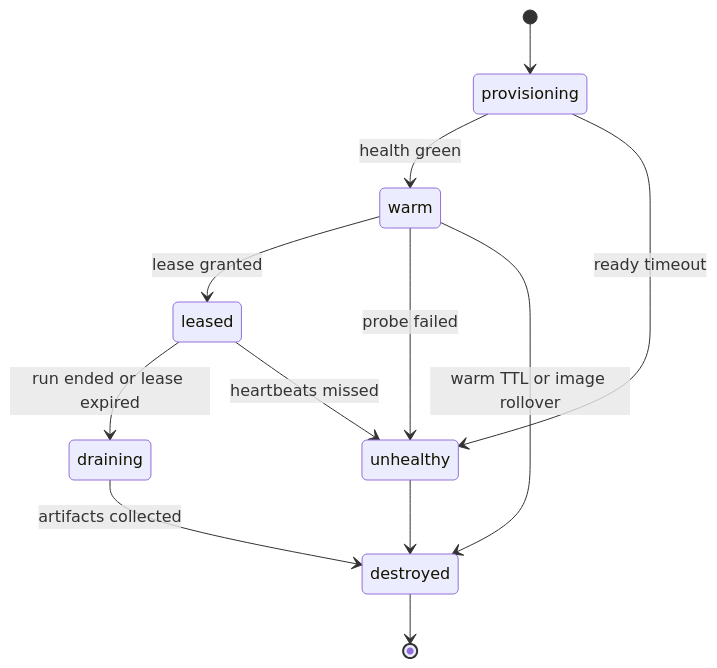
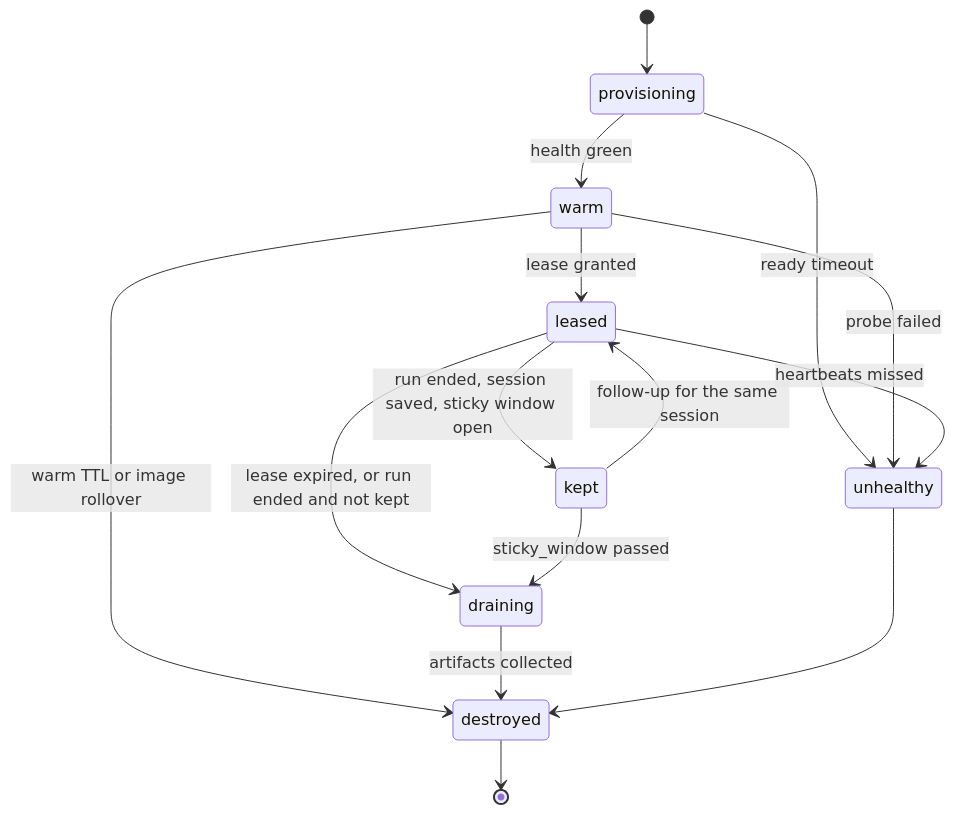
Diagram 11 of 12 in docs/technical-design.md (davecthomas/meta-harness), drawn with Mermaid before and after one commit. The commit also changed other lines of this file, not shown here.

First line of the commit message:
docs/session-handoff: align sessions with the library's handoff contract

````diff
--- a/docs/technical-design.md
+++ b/docs/technical-design.md
@@ -1097,14 +1117,17 @@
 ```mermaid
 stateDiagram-v2
     [*] --> provisioning
     provisioning --> warm: health green
     provisioning --> unhealthy: ready timeout
     warm --> leased: lease granted
     warm --> unhealthy: probe failed
     warm --> destroyed: warm TTL or image rollover
-    leased --> draining: run ended or lease expired
+    leased --> kept: run ended, session saved, sticky window open
+    leased --> draining: lease expired, or run ended and not kept
+    kept --> leased: follow-up for the same session
+    kept --> draining: sticky_window passed
     leased --> unhealthy: heartbeats missed
     draining --> destroyed: artifacts collected
     unhealthy --> destroyed
     destroyed --> [*]
 ```
````
